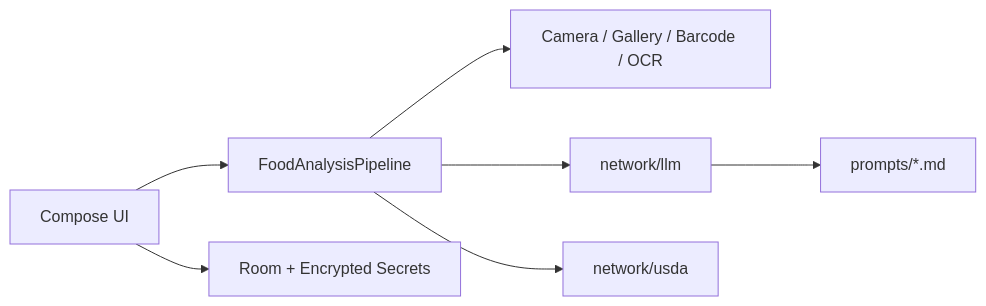
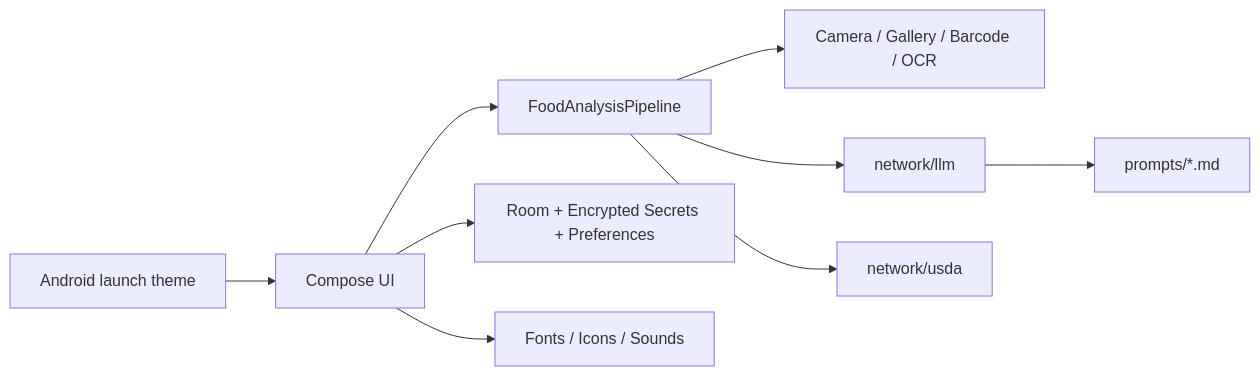
Before and after one commit to benevolentbandwidth/ultraprocessed: the first of 5 diagrams in documentation/01-architecture.md, drawn with Mermaid. The commit also changed other lines of this file and 127 other files, not shown here.

````diff
--- a/documentation/01-architecture.md
+++ b/documentation/01-architecture.md
@@ -15,9 +17,11 @@
 ```mermaid
 flowchart LR
-    UI[Compose UI] --> Orchestration[FoodAnalysisPipeline]
+    Android[Android launch theme] --> UI[Compose UI]
+    UI --> Orchestration[FoodAnalysisPipeline]
     Orchestration --> Input[Camera / Gallery / Barcode / OCR]
     Orchestration --> LLM[network/llm]
     Orchestration --> USDA[network/usda]
     LLM --> Prompts[prompts/*.md]
-    UI --> Storage[Room + Encrypted Secrets]
+    UI --> Storage[Room + Encrypted Secrets + Preferences]
+    UI --> Resources[Fonts / Icons / Sounds]
 ```
````
